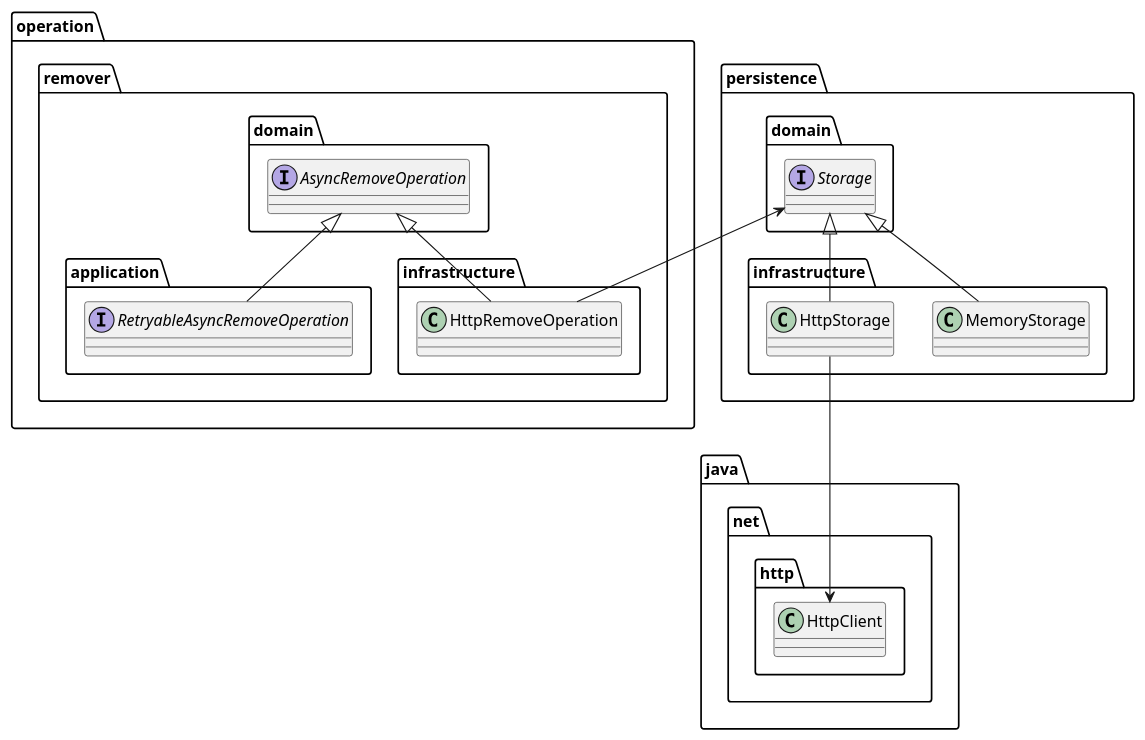
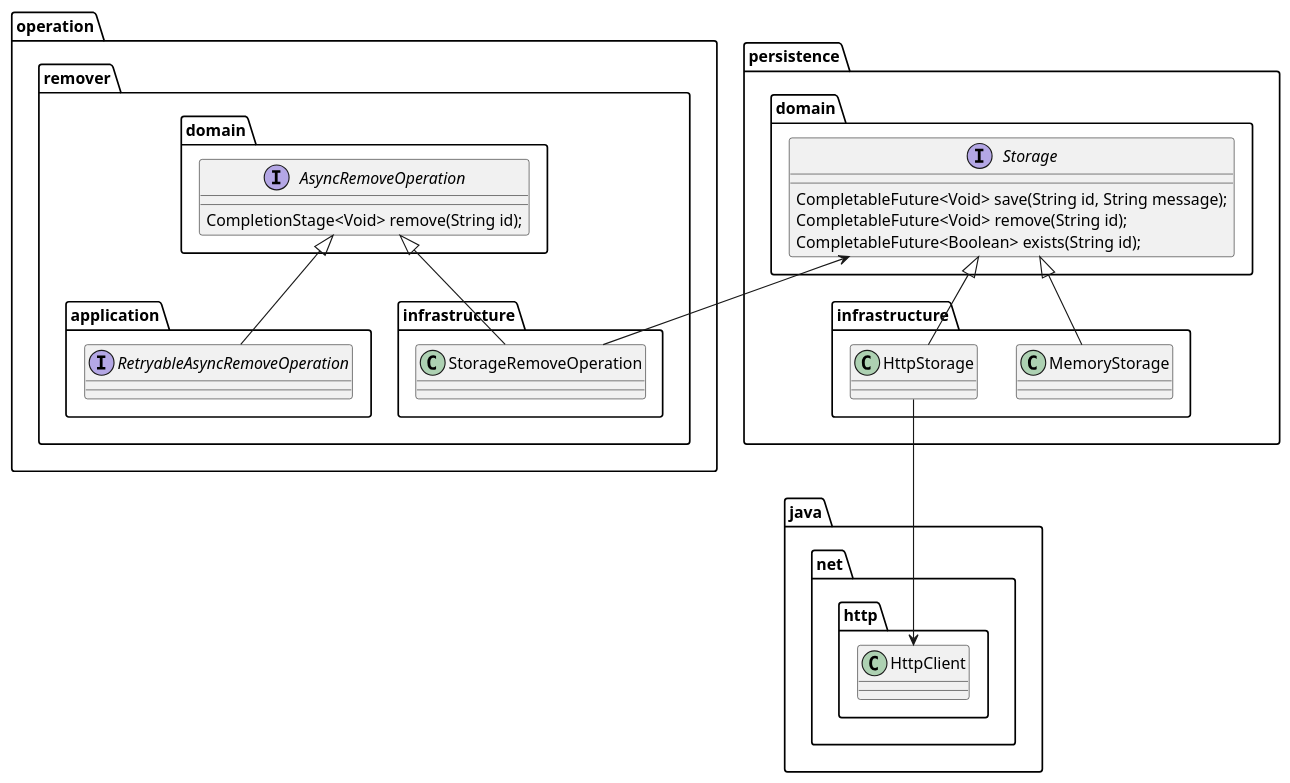
The second of 7 diagrams in spock-example/src/main/java/test.puml (lette1394/java-oop-practices), drawn with PlantUML before and after one commit. The commit also changed other lines of this file and 9 other files, not shown here.

```diff
--- a/spock-example/src/main/java/test.puml
+++ b/spock-example/src/main/java/test.puml
@@ -1,36 +43,41 @@
 @startuml
-
 package operation {
   package domain as remover.domain {
-    interface AsyncRemoveOperation
+    interface AsyncRemoveOperation {
+      CompletionStage<Void> remove(String id);
+    }
   }
 
   package application as remover.application {
     interface RetryableAsyncRemoveOperation
   }
 
   package infrastructure as remover.infra {
-    class HttpRemoveOperation
+    class StorageRemoveOperation
   }
 }
 
 
 package persistence {
   package domain as persistence.domain {
-    interface Storage
+    interface Storage {
+      CompletableFuture<Void> save(String id, String message);
+      CompletableFuture<Void> remove(String id);
+      CompletableFuture<Boolean> exists(String id);
+    }
   }
   package infrastructure as persistence.infra {
     class MemoryStorage
     class HttpStorage
   }
 }
 
 MemoryStorage -up-|> Storage
 HttpStorage -up-|> Storage
 HttpStorage --> java.net.http.HttpClient
 
 RetryableAsyncRemoveOperation -up-|> AsyncRemoveOperation
-HttpRemoveOperation -up-> Storage
-HttpRemoveOperation -up-|> AsyncRemoveOperation
+StorageRemoveOperation -up-> Storage
+StorageRemoveOperation -up-|> AsyncRemoveOperation
 
 @enduml
```
